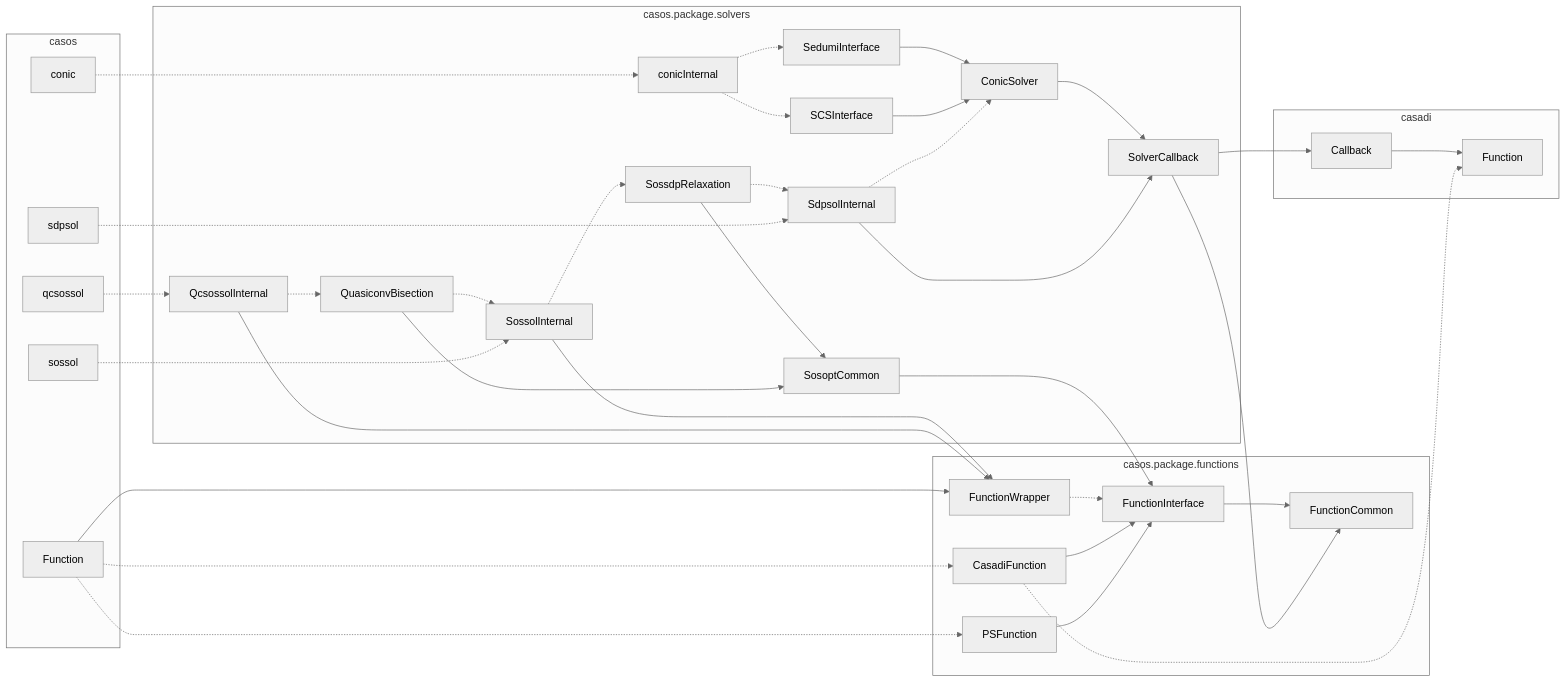
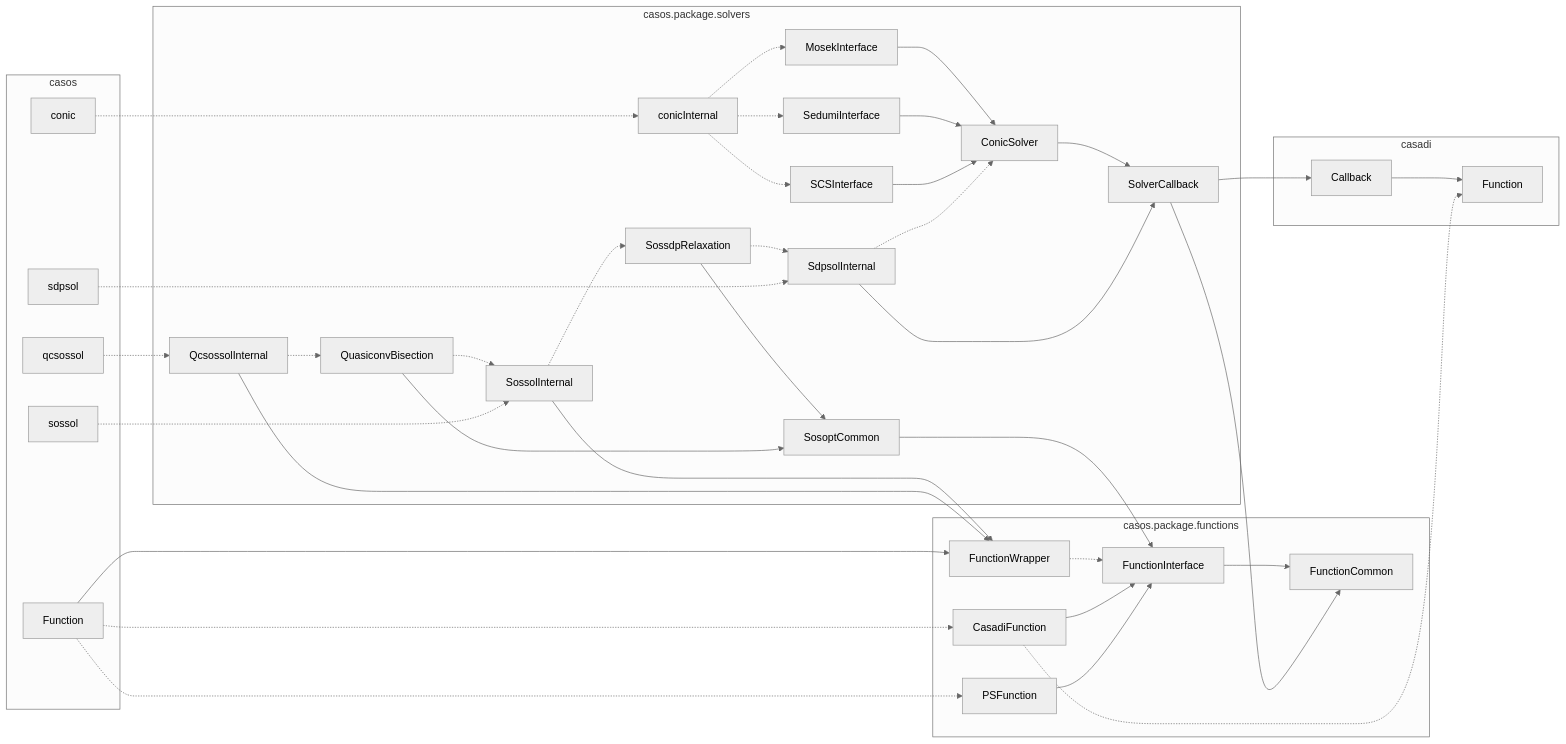
The diagram in +casos/+package/README.md (iFR-ACSO/casos), drawn with Mermaid (neutral theme) before and after one commit.

Commit message:
Added MosekInterface to internal class diagram.

````diff
--- a/+casos/+package/README.md
+++ b/+casos/+package/README.md
@@ -3,47 +3,49 @@
 ```mermaid
 flowchart LR
   subgraph casadi
     casadi.Callback[Callback] --> casadi.Function[Function]
   end
   subgraph casos
     casos.Function[Function]
     casos.conic[conic]
     casos.sdpsol[sdpsol]
     casos.sossol[sossol]
     casos.qcsossol[qcsossol]
   end
   subgraph casos.package.functions
     FunctionInterface --> FunctionCommon
     FunctionWrapper -.-> FunctionInterface
     CasadiFunction --> FunctionInterface
     PSFunction --> FunctionInterface
   end
   subgraph casos.package.solvers
     ConicSolver --> SolverCallback
+    MosekInterface --> ConicSolver
     SedumiInterface --> ConicSolver
     SCSInterface --> ConicSolver
     SdpsolInternal --> SolverCallback
     SdpsolInternal -.-> ConicSolver
+    conicInternal -.-> MosekInterface
     conicInternal -.-> SedumiInterface
     conicInternal -.-> SCSInterface
     SossolInternal --> FunctionWrapper
     SossolInternal -.-> SossdpRelaxation
     SossdpRelaxation --> SosoptCommon
     SossdpRelaxation -.-> SdpsolInternal
     QcsossolInternal --> FunctionWrapper
     QcsossolInternal -.-> QuasiconvBisection
     QuasiconvBisection --> SosoptCommon
     QuasiconvBisection -.-> SossolInternal
     SosoptCommon --> FunctionInterface
   end
   casos.Function --> FunctionWrapper
   casos.Function -.-> CasadiFunction
   casos.Function -.-> PSFunction
   CasadiFunction -.-> casadi.Function
   SolverCallback --> casadi.Callback
   SolverCallback --> FunctionCommon
   casos.conic -.-> conicInternal
   casos.sdpsol -.-> SdpsolInternal
   casos.sossol -.-> SossolInternal
   casos.qcsossol -.-> QcsossolInternal
 ```
````
